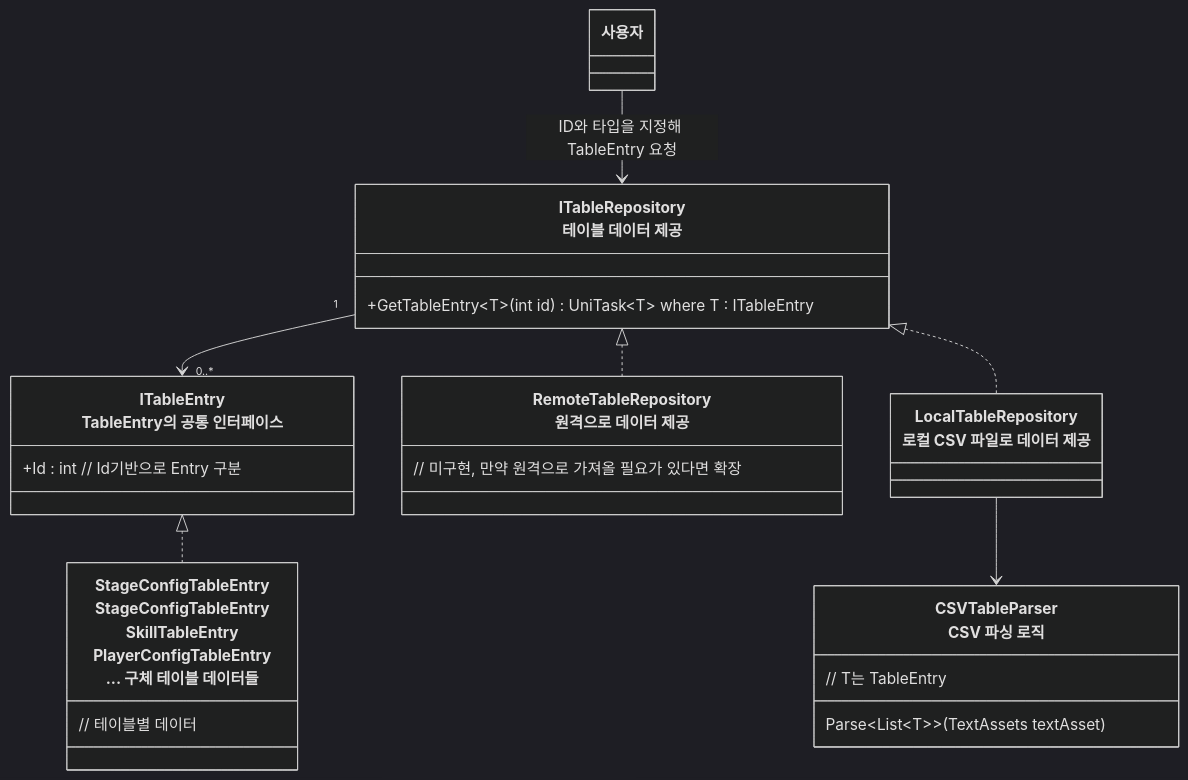
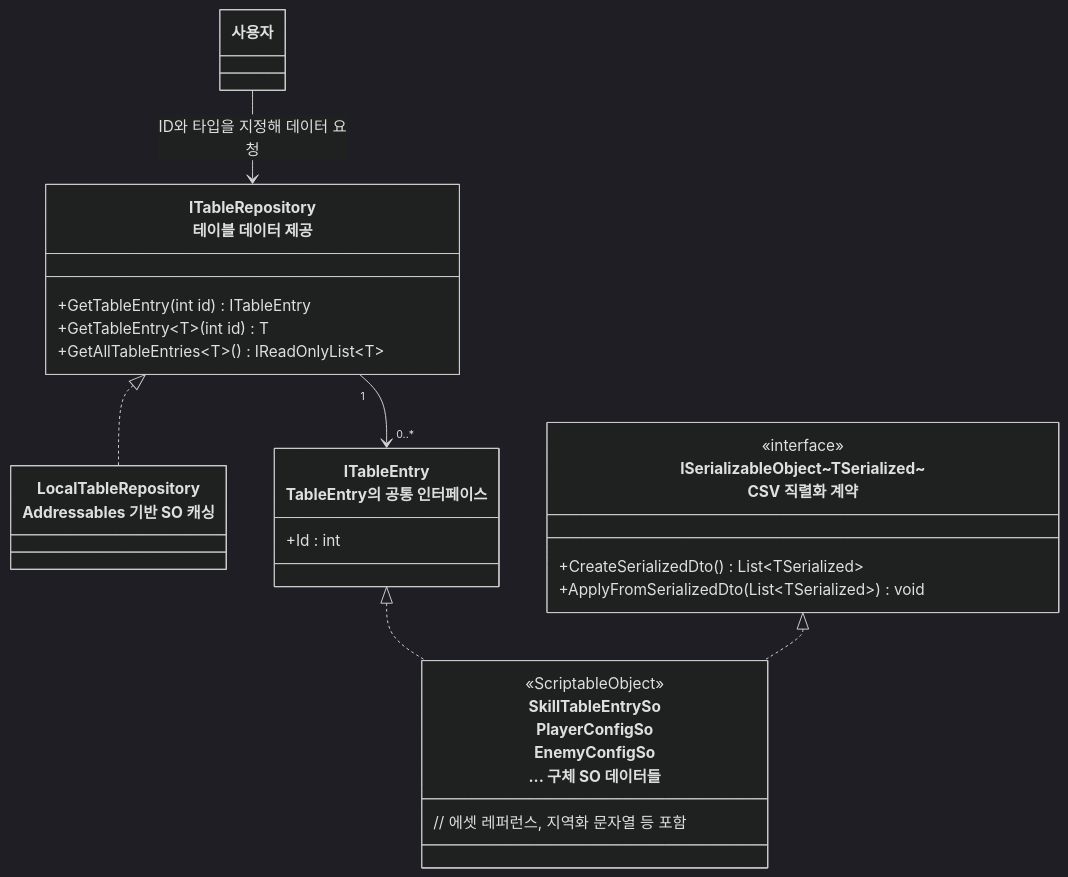
Before and after one commit to JIN5EOK/DungeonShooter: the first of 2 diagrams in README/데이터테이블_설계.md, drawn with Mermaid (dark theme). The commit also changed other lines of this file and 1 other file, not shown here.

````diff
--- a/README/데이터테이블_설계.md
+++ b/README/데이터테이블_설계.md
@@ -11,33 +13,32 @@
 ```mermaid
 classDiagram
     class ITableRepository["ITableRepository<br>테이블 데이터 제공"]{
-	    +GetTableEntry~T~(int id) UniTask~T~ where T : ITableEntry
-	}
-	
-	class LocalTableRepository["LocalTableRepository<br>로컬 CSV 파일로 데이터 제공"]{
-
-	}
-	
-	class RemoteTableRepository["RemoteTableRepository<br>원격으로 데이터 제공"]{
-        // 미구현, 만약 원격으로 가져올 필요가 있다면 확장
-	}
-	
-	class CSVTableParser["CSVTableParser<br>CSV 파싱 로직"]{
-	    Parse~List~T~~(TextAssets textAsset) 
-	    // T는 TableEntry
-    }
-	
-	class ITableEntry["ITableEntry<br>TableEntry의 공통 인터페이스"]{
-	    +Id : int // Id기반으로 Entry 구분
-    }
-    class 테이블데이터들["StageConfigTableEntry<br>StageConfigTableEntry<br>SkillTableEntry<br>PlayerConfigTableEntry<br>... 구체 테이블 데이터들"]{
-        // 테이블별 데이터
+        +GetTableEntry(int id) ITableEntry
+        +GetTableEntry~T~(int id) T
+        +GetAllTableEntries~T~() IReadOnlyList~T~
     }
 
-    ITableEntry <|.. 테이블데이터들
-    ITableRepository "1"-->"0..*" ITableEntry
-	ITableRepository <|.. LocalTableRepository
-    LocalTableRepository --> CSVTableParser
-    ITableRepository <|.. RemoteTableRepository
-    사용자 --> ITableRepository : ID와 타입을 지정해 TableEntry 요청
+    class LocalTableRepository["LocalTableRepository<br>Addressables 기반 SO 캐싱"]{
+    }
+
+    class ITableEntry["ITableEntry<br>TableEntry의 공통 인터페이스"]{
+        +Id : int
+    }
+
+    class ISerializableObject["ISerializableObject~TSerialized~<br>CSV 직렬화 계약"]{
+        <<interface>>
+        +CreateSerializedDto() List~TSerialized~
+        +ApplyFromSerializedDto(List~TSerialized~) void
+    }
+
+    class 구체SO["SkillTableEntrySo<br>PlayerConfigSo<br>EnemyConfigSo<br>... 구체 SO 데이터들"]{
+        <<ScriptableObject>>
+        // 에셋 레퍼런스, 지역화 문자열 등 포함
+    }
+
+    ITableEntry <|.. 구체SO
+    ISerializableObject <|.. 구체SO
+    ITableRepository "1" --> "0..*" ITableEntry
+    ITableRepository <|.. LocalTableRepository
+    사용자 --> ITableRepository : ID와 타입을 지정해 데이터 요청
 ```
````
